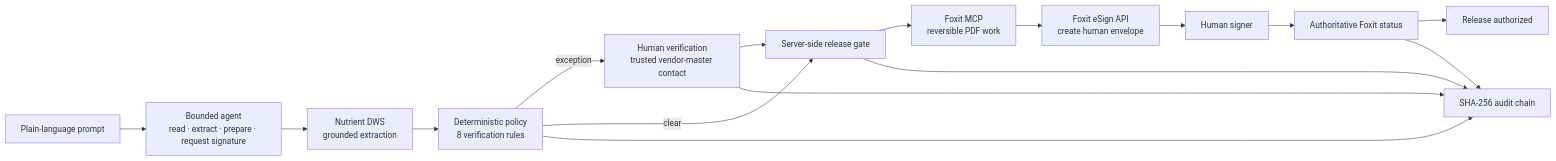
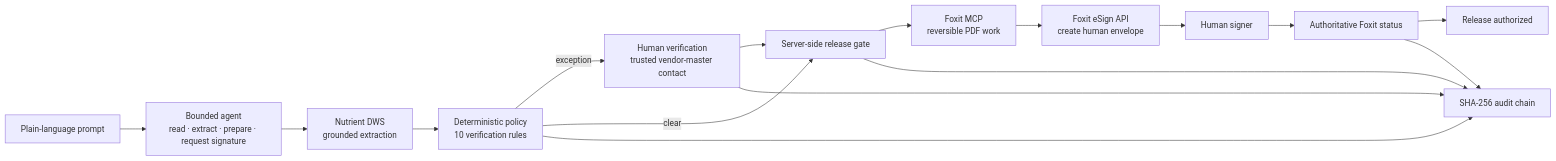
Before and after one commit to AKzar1el/veriremit: the diagram in README.md, drawn with Mermaid. The commit also changed other lines of this file and 134 other files, not shown here.

````diff
--- a/README.md
+++ b/README.md
@@ -20,18 +20,18 @@
 ```mermaid
 flowchart LR
   U["Plain-language prompt"] --> A["Bounded agent<br/>read · extract · prepare · request signature"]
   A --> N["Nutrient DWS<br/>grounded extraction"]
-  N --> P["Deterministic policy<br/>8 verification rules"]
+  N --> P["Deterministic policy<br/>10 verification rules"]
   P -- "exception" --> H["Human verification<br/>trusted vendor-master contact"]
   P -- "clear" --> G["Server-side release gate"]
   H --> G
   G --> M["Foxit MCP<br/>reversible PDF work"]
   M --> E["Foxit eSign API<br/>create human envelope"]
   E --> S["Human signer"]
   S --> V["Authoritative Foxit status"]
   V --> R["Release authorized"]
   P --> L["SHA-256 audit chain"]
   H --> L
   G --> L
   V --> L
 ```
````
